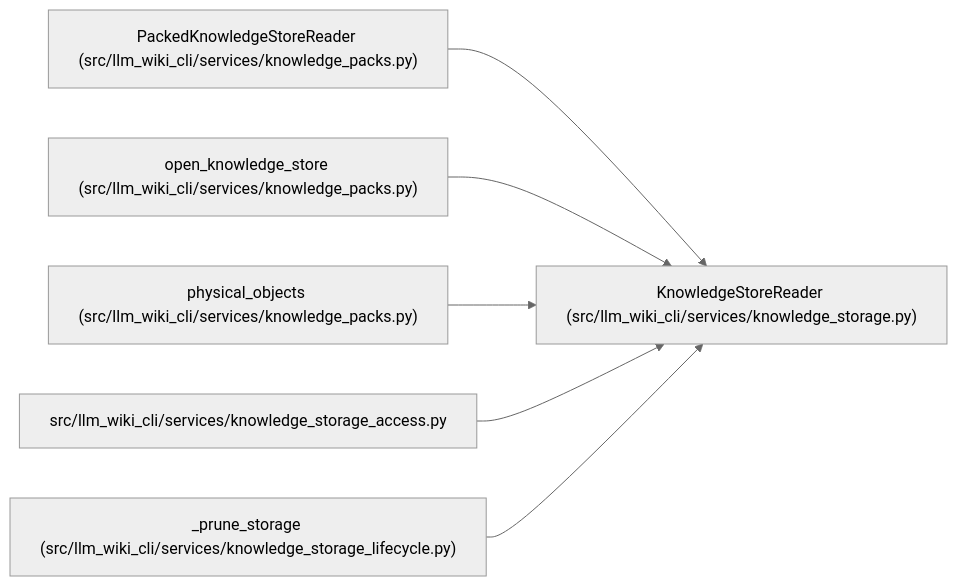
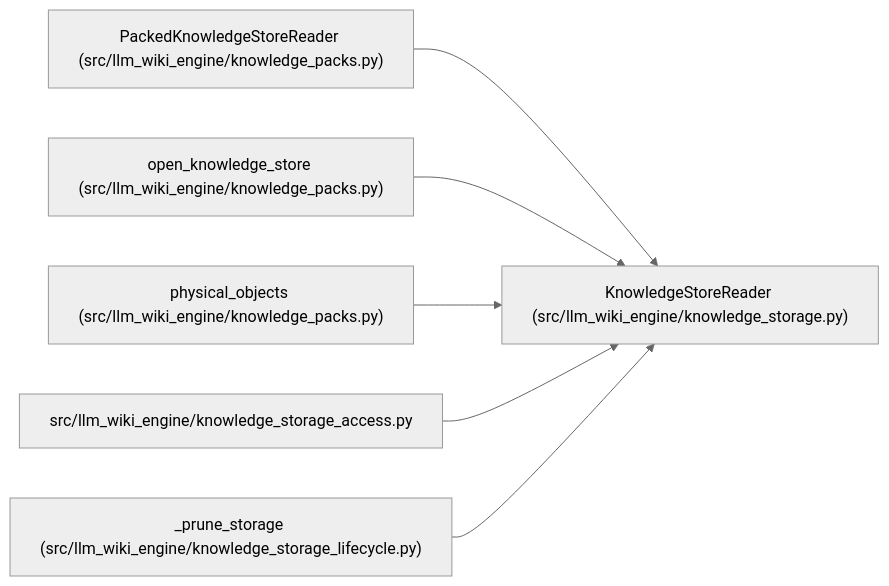
Before and after one commit to Denissvgn/python-wiki-llm: the diagram in docs/llm_wiki/entities/KnowledgeStoreReader.md, drawn with Mermaid (neutral theme). The commit also changed other lines of this file and 1058 other files, not shown here.

First line of the commit message:
docs: refresh the wiki for the knowledge store move

````diff
--- a/docs/llm_wiki/entities/KnowledgeStoreReader.md
+++ b/docs/llm_wiki/entities/KnowledgeStoreReader.md
@@ -40,20 +40,20 @@
 ```mermaid
 flowchart LR
-    n0["KnowledgeStoreReader (src/llm_wiki_cli/services/knowledge_storage.py)"]
-    n1["PackedKnowledgeStoreReader (src/llm_wiki_cli/services/knowledge_packs.py)"]
-    n2["open_knowledge_store (src/llm_wiki_cli/services/knowledge_packs.py)"]
-    n3["physical_objects (src/llm_wiki_cli/services/knowledge_packs.py)"]
-    n4["src/llm_wiki_cli/services/knowledge_storage_access.py"]
-    n5["_prune_storage (src/llm_wiki_cli/services/knowledge_storage_lifecycle.py)"]
+    n0["KnowledgeStoreReader (src/llm_wiki_engine/knowledge_storage.py)"]
+    n1["PackedKnowledgeStoreReader (src/llm_wiki_engine/knowledge_packs.py)"]
+    n2["open_knowledge_store (src/llm_wiki_engine/knowledge_packs.py)"]
+    n3["physical_objects (src/llm_wiki_engine/knowledge_packs.py)"]
+    n4["src/llm_wiki_engine/knowledge_storage_access.py"]
+    n5["_prune_storage (src/llm_wiki_engine/knowledge_storage_lifecycle.py)"]
     n1 --> n0
     n2 --> n0
     n3 --> n0
     n4 --> n0
     n5 --> n0
     click n0 "../modules/knowledge_storage.md"
     click n1 "../modules/knowledge_packs.md"
     click n2 "../modules/knowledge_packs.md"
     click n3 "../modules/knowledge_packs.md"
     click n4 "../modules/knowledge_storage_access.md"
     click n5 "../modules/knowledge_storage_lifecycle.md"
 ```
````
